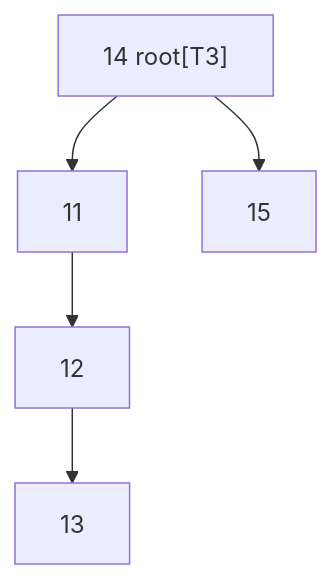
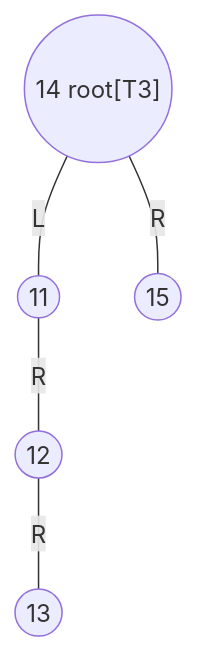
One commit to Myyura/the_kai_project changed the second of 2 diagrams in docs/UEC/informatics_and_engineering/cne/2025/cne_202408_sentaku_5.md. Above: the diagram before and after it, drawn with Mermaid. The commit also changed other lines of this file and 366 other files, not shown here.

```diff
--- a/docs/UEC/informatics_and_engineering/cne/2025/cne_202408_sentaku_5.md
+++ b/docs/UEC/informatics_and_engineering/cne/2025/cne_202408_sentaku_5.md
@@ -95,7 +95,7 @@
 ~~~mermaid
 flowchart TD
-  n14["14  root[T3]"] --> n11["11"]
-  n14 --> n15["15"]
-  n11 --> n12["12"]
-  n12 --> n13["13"]
+  n14(("14 root[T3]")) ---|L| n11(("11"))
+  n14 ---|R| n15(("15"))
+  n11 ---|R| n12(("12"))
+  n12 ---|R| n13(("13"))
 ~~~
```
